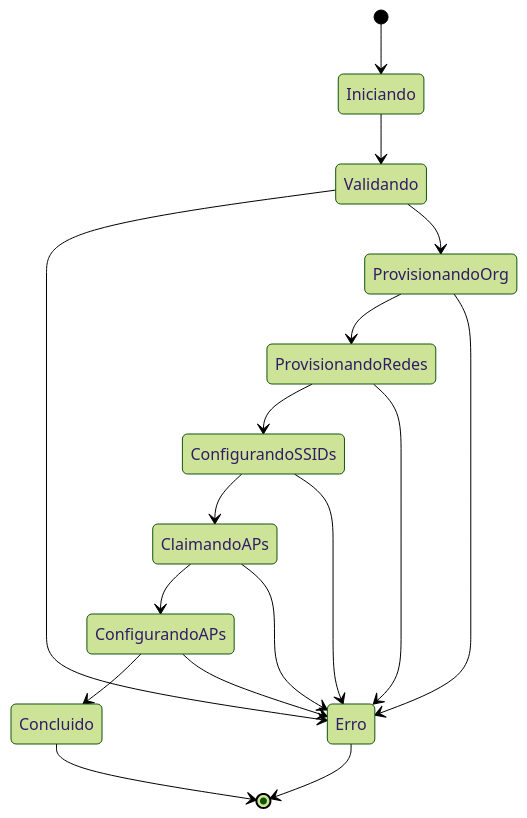
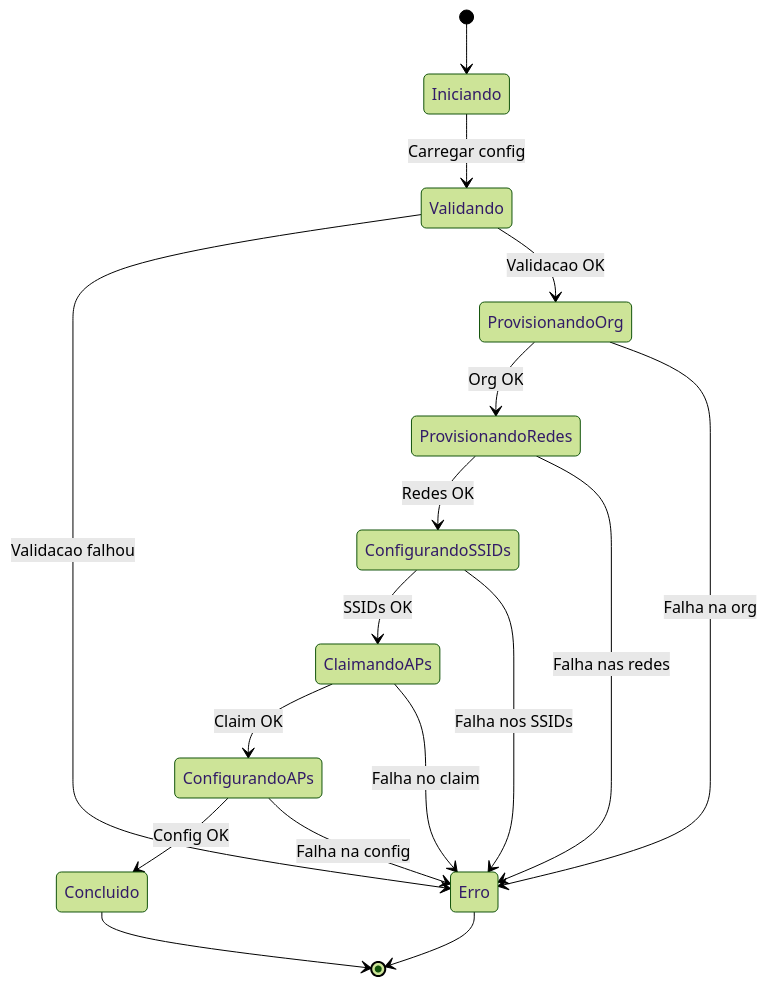
One commit to rodrigo-freitas-com/meraki-ansible changed diagram 12 of 13 in docs/system-modeling.md. Above: the diagram before and after it, drawn with Mermaid (forest theme). The commit also changed other lines of this file, not shown here.

````diff
--- a/docs/system-modeling.md
+++ b/docs/system-modeling.md
@@ -359,19 +437,26 @@
 ```mermaid
 stateDiagram-v2
     [*] --> Iniciando
-    Iniciando --> Validando
-    Validando --> Erro
-    Validando --> ProvisionandoOrg
-    ProvisionandoOrg --> ProvisionandoRedes
-    ProvisionandoOrg --> Erro
-    ProvisionandoRedes --> ConfigurandoSSIDs
-    ProvisionandoRedes --> Erro
-    ConfigurandoSSIDs --> ClaimandoAPs
-    ConfigurandoSSIDs --> Erro
-    ClaimandoAPs --> ConfigurandoAPs
-    ClaimandoAPs --> Erro
-    ConfigurandoAPs --> Concluido
-    ConfigurandoAPs --> Erro
+
+    Iniciando --> Validando: Carregar config
+    Validando --> Erro: Validacao falhou
+    Validando --> ProvisionandoOrg: Validacao OK
+
+    ProvisionandoOrg --> ProvisionandoRedes: Org OK
+    ProvisionandoOrg --> Erro: Falha na org
+
+    ProvisionandoRedes --> ConfigurandoSSIDs: Redes OK
+    ProvisionandoRedes --> Erro: Falha nas redes
+
+    ConfigurandoSSIDs --> ClaimandoAPs: SSIDs OK
+    ConfigurandoSSIDs --> Erro: Falha nos SSIDs
+
+    ClaimandoAPs --> ConfigurandoAPs: Claim OK
+    ClaimandoAPs --> Erro: Falha no claim
+
+    ConfigurandoAPs --> Concluido: Config OK
+    ConfigurandoAPs --> Erro: Falha na config
+
     Concluido --> [*]
     Erro --> [*]
 ```
````
